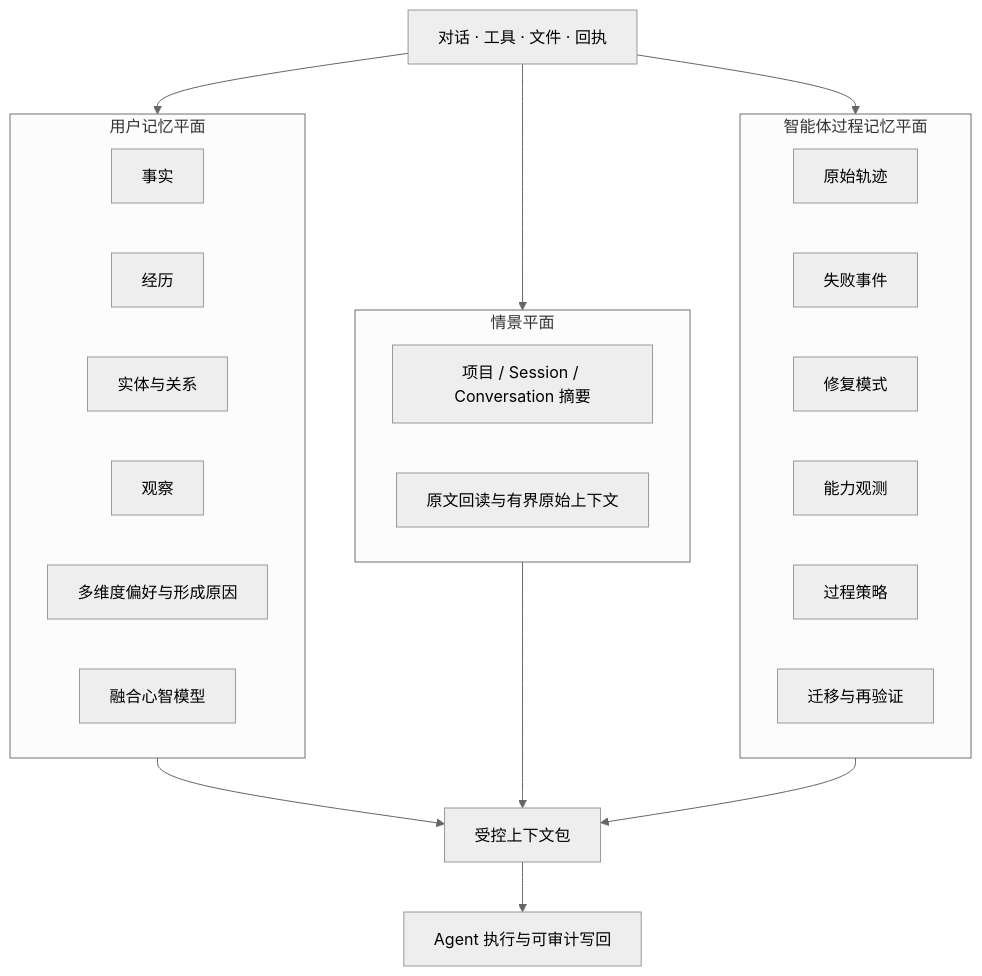
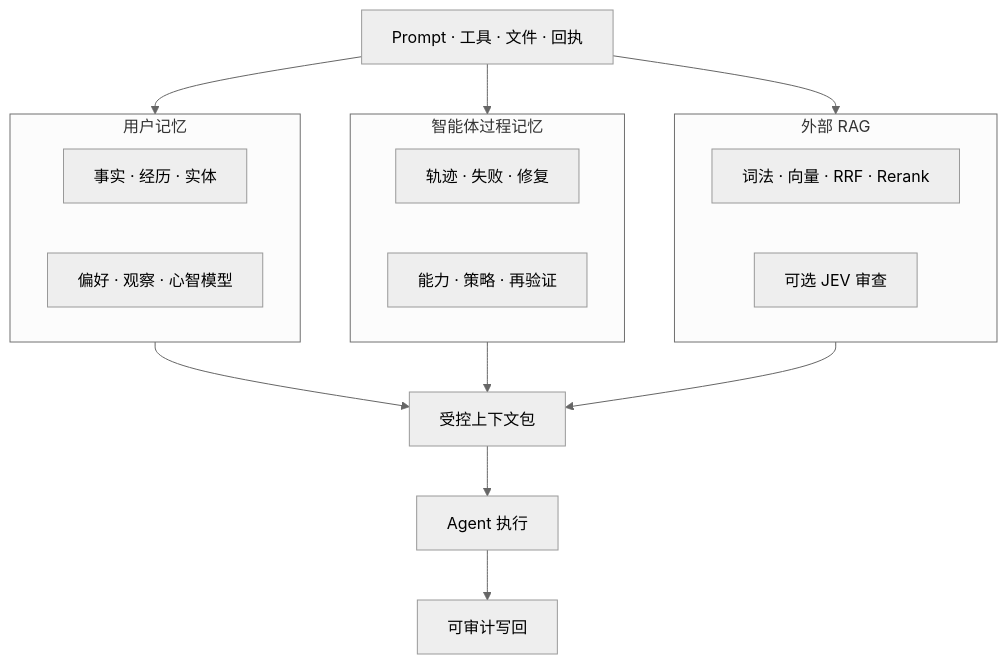
The diagram in README-中文.md (94Hao94/evolving-profile), drawn with Mermaid (neutral theme) before and after one commit. The commit also changed other lines of this file and 3 other files, not shown here.

````diff
--- a/README-中文.md
+++ b/README-中文.md
@@ -67,30 +37,23 @@
 ```mermaid
 flowchart TB
-    SRC[对话 · 工具 · 文件 · 回执] --> UM
-    SRC --> AM
-    SRC --> SC
-    subgraph UM[用户记忆平面]
-      F[事实]
-      E[经历]
-      EN[实体与关系]
-      O[观察]
-      PR[多维度偏好与形成原因]
-      MM[融合心智模型]
+    S[Prompt · 工具 · 文件 · 回执] --> U
+    S --> A
+    S --> R
+    subgraph U[用户记忆]
+      U1[事实 · 经历 · 实体]
+      U2[偏好 · 观察 · 心智模型]
     end
-    subgraph SC[情景平面]
-      SS[项目 / Session / Conversation 摘要]
-      SR[原文回读与有界原始上下文]
+    subgraph A[智能体过程记忆]
+      A1[轨迹 · 失败 · 修复]
+      A2[能力 · 策略 · 再验证]
     end
-    subgraph AM[智能体过程记忆平面]
-      T[原始轨迹]
-      EP[失败事件]
-      RP[修复模式]
-      CO[能力观测]
-      PS[过程策略]
-      RV[迁移与再验证]
+    subgraph R[外部 RAG]
+      R1[词法 · 向量 · RRF · Rerank]
+      R2[可选 JEV 审查]
     end
-    UM --> PK[受控上下文包]
-    SC --> PK
-    AM --> PK
-    PK --> OUT[Agent 执行与可审计写回]
+    U --> P[受控上下文包]
+    A --> P
+    R --> P
+    P --> X[Agent 执行]
+    X --> W[可审计写回]
 ```
````
